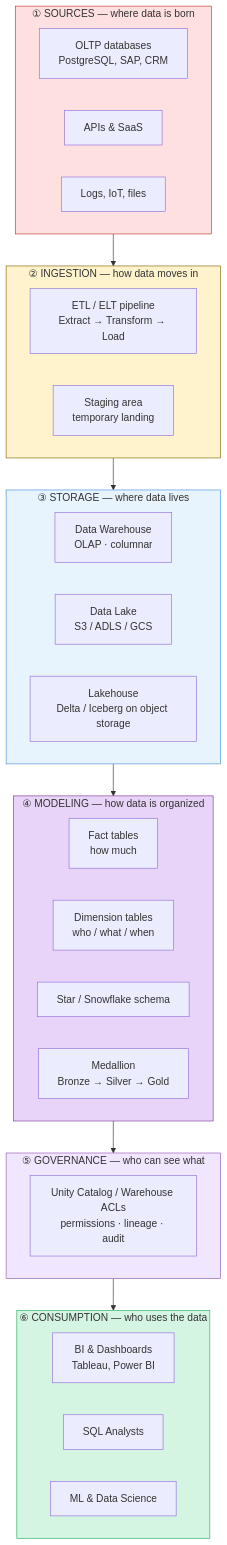
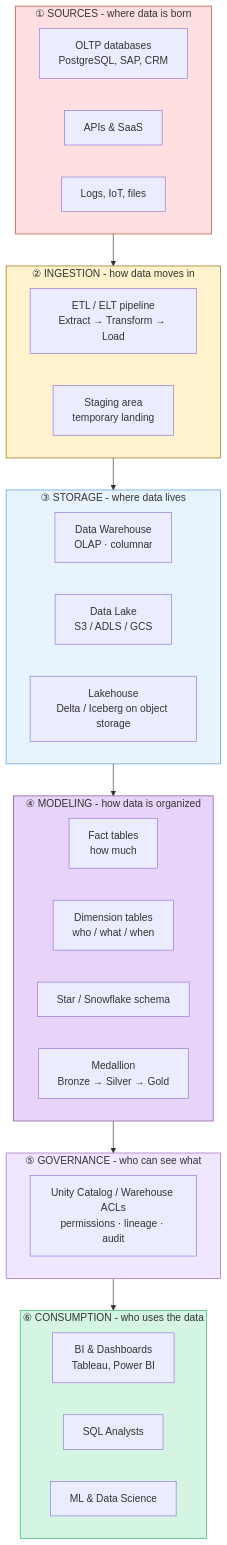
The second of 7 diagrams in data-architecture/architecture-map.md (adnanrahin/adnanrahin.github.io), drawn with Mermaid before and after one commit. The commit also changed other lines of this file and 14 other files, not shown here.

Commit message:
updated the flowchart

````diff
--- a/data-architecture/architecture-map.md
+++ b/data-architecture/architecture-map.md
@@ -61,53 +61,53 @@
 ```mermaid
 flowchart TB
-    subgraph L6["⑥ CONSUMPTION — who uses the data"]
+    subgraph L6["⑥ CONSUMPTION - who uses the data"]
         direction LR
         BI["BI & Dashboards<br/>Tableau, Power BI"]
         SQL["SQL Analysts"]
         ML["ML & Data Science"]
     end
 
-    subgraph L5["⑤ GOVERNANCE — who can see what"]
+    subgraph L5["⑤ GOVERNANCE - who can see what"]
         UC["Unity Catalog / Warehouse ACLs<br/>permissions · lineage · audit"]
     end
 
-    subgraph L4["④ MODELING — how data is organized"]
+    subgraph L4["④ MODELING - how data is organized"]
         direction LR
         FACT["Fact tables<br/>how much"]
         DIM["Dimension tables<br/>who / what / when"]
         STAR["Star / Snowflake schema"]
         MED["Medallion<br/>Bronze → Silver → Gold"]
     end
 
-    subgraph L3["③ STORAGE — where data lives"]
+    subgraph L3["③ STORAGE - where data lives"]
         direction LR
         WH["Data Warehouse<br/>OLAP · columnar"]
         LAKE["Data Lake<br/>S3 / ADLS / GCS"]
         LH["Lakehouse<br/>Delta / Iceberg on object storage"]
     end
 
-    subgraph L2["② INGESTION — how data moves in"]
+    subgraph L2["② INGESTION - how data moves in"]
         ETL["ETL / ELT pipeline<br/>Extract → Transform → Load"]
         STG["Staging area<br/>temporary landing"]
     end
 
-    subgraph L1["① SOURCES — where data is born"]
+    subgraph L1["① SOURCES - where data is born"]
         direction LR
         OLTP["OLTP databases<br/>PostgreSQL, SAP, CRM"]
         API["APIs & SaaS"]
         LOG["Logs, IoT, files"]
     end
 
     L1 --> L2
     L2 --> L3
     L3 --> L4
     L4 --> L5
     L5 --> L6
 
     style L1 fill:#FFE0E0,stroke:#C0392B
     style L2 fill:#FFF3CD,stroke:#856404
     style L3 fill:#E8F4FD,stroke:#4A90D9
     style L4 fill:#E8D4F8,stroke:#7D3C98
     style L5 fill:#F0E6FF,stroke:#9B59B6
     style L6 fill:#D5F5E3,stroke:#27AE60
 ```
````
